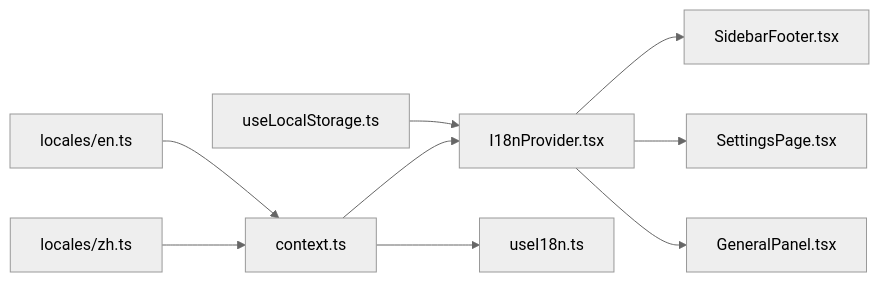
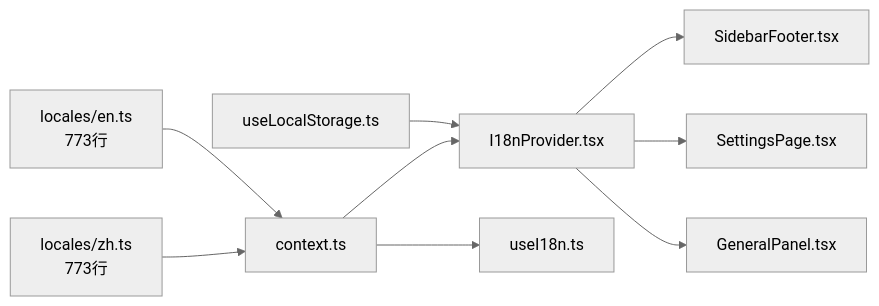
Before and after one commit to RabbitAI-Lab/RabbitCoding: the sixth of 6 diagrams in .qoder/repowiki/zh/content/国际化支持.md, drawn with Mermaid (neutral theme). The commit also changed other lines of this file and 130 other files, not shown here.

````diff
--- a/.qoder/repowiki/zh/content/国际化支持.md
+++ b/.qoder/repowiki/zh/content/国际化支持.md
@@ -261,11 +274,11 @@
 ```mermaid
 graph LR
 LS["useLocalStorage.ts"] --> IDX["I18nProvider.tsx"]
 CTX["context.ts"] --> IDX
 CTX --> USE["useI18n.ts"]
 IDX --> UI1["SidebarFooter.tsx"]
 IDX --> UI2["SettingsPage.tsx"]
 IDX --> UI3["GeneralPanel.tsx"]
-LOCALE_EN["locales/en.ts"] --> CTX
-LOCALE_ZH["locales/zh.ts"] --> CTX
+LOCALE_EN["locales/en.ts<br/>773行"] --> CTX
+LOCALE_ZH["locales/zh.ts<br/>773行"] --> CTX
 ```
````
